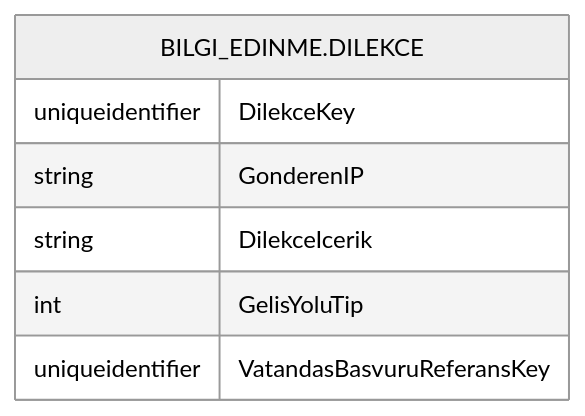
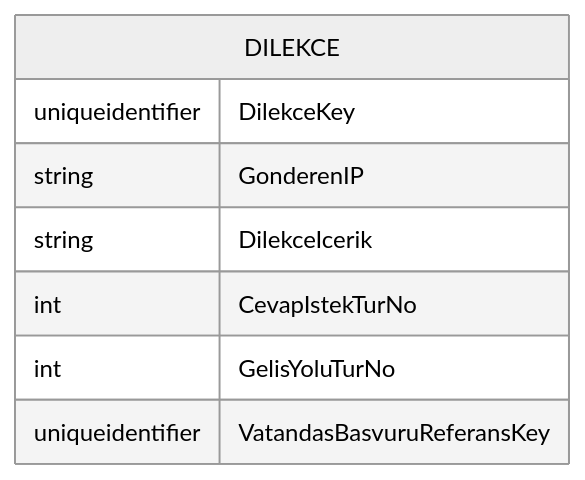
One commit to ati-ozgur/database-standards changed the diagram in sql-server-tr-veri-tabanı-standart.qmd. Above: the diagram before and after it, drawn with Mermaid (neutral theme). The commit also changed other lines of this file and 1 other file, not shown here.

````diff
--- a/sql-server-tr-veri-tabanı-standart.qmd
+++ b/sql-server-tr-veri-tabanı-standart.qmd
@@ -165,12 +165,11 @@
 ```{mermaid}
-
 erDiagram
-    BILGI_EDINME.DILEKCE {
+    DILEKCE {
         uniqueidentifier DilekceKey
         string GonderenIP
         string DilekceIcerik
-        int GelisYoluTip
+        int CevapIstekTurNo
+        int GelisYoluTurNo
         uniqueidentifier VatandasBasvuruReferansKey
     }
-
 ```
````
